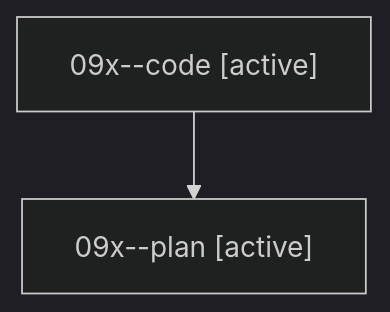
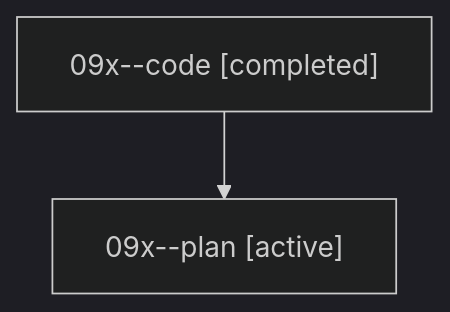
One commit to bobs-org/bob-cli--agents changed the diagram in sessions/bbugyi200.athena.09x.md. Above: the diagram before and after it, drawn with Mermaid (dark theme). The commit also changed other lines of this file and 29 other files, not shown here.

````diff
--- a/sessions/bbugyi200.athena.09x.md
+++ b/sessions/bbugyi200.athena.09x.md
@@ -9,6 +9,6 @@
 ```mermaid
 flowchart TD
-  n0["09x--code [active]"]
+  n0["09x--code [completed]"]
   n1["09x--plan [active]"]
   n0 --> n1
 ```
````
